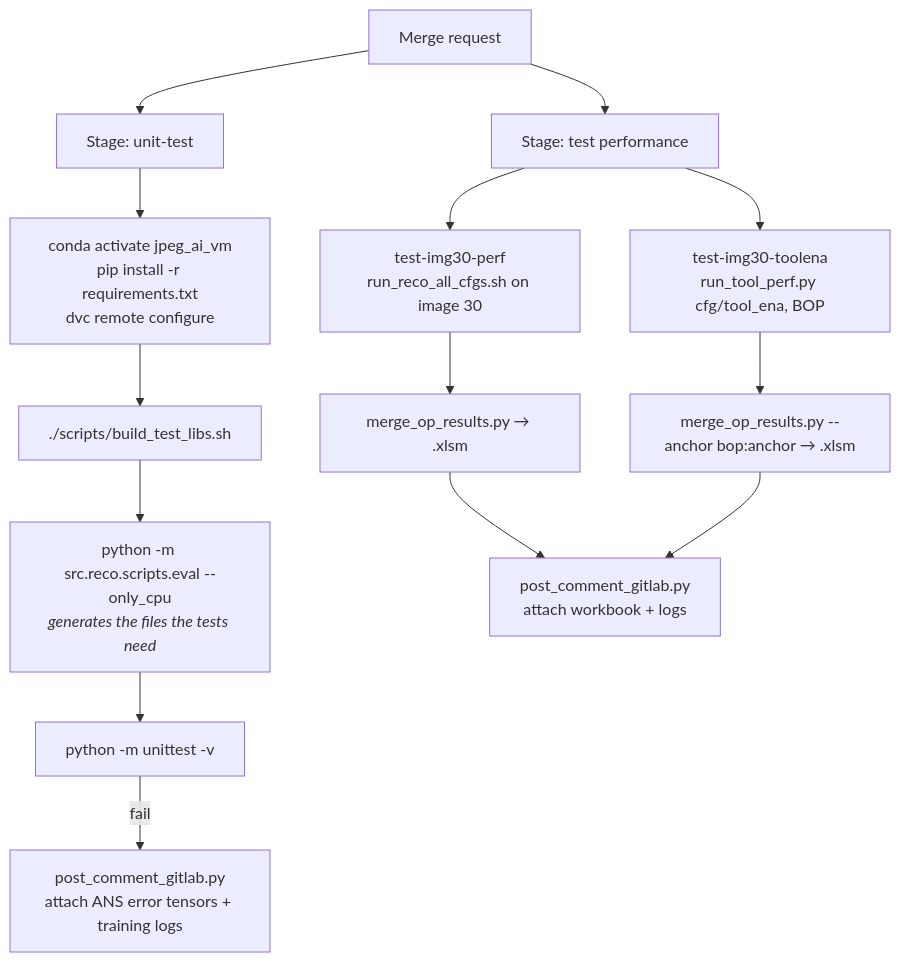
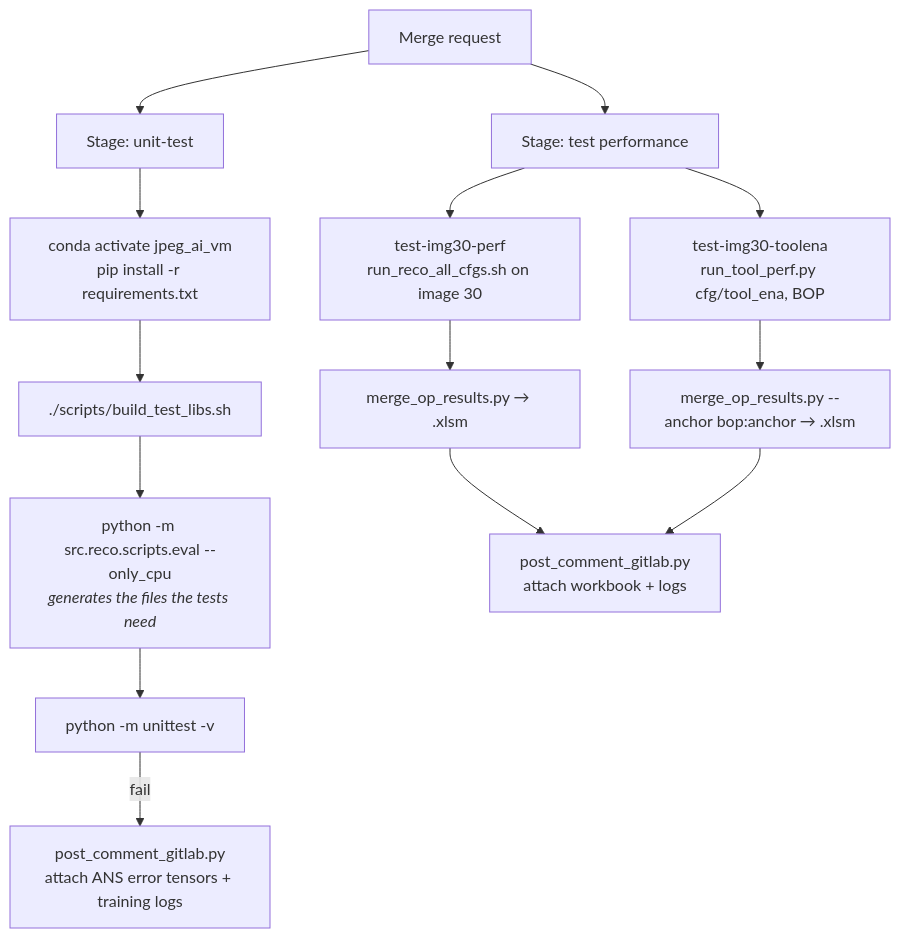
Before and after one commit to akarabutov/jpeg-ai-reference-software: the third of 3 diagrams in docs/architecture/11-evaluation-and-testing.md, drawn with Mermaid. The commit also changed other lines of this file and 7 other files, not shown here.

````diff
--- a/docs/architecture/11-evaluation-and-testing.md
+++ b/docs/architecture/11-evaluation-and-testing.md
@@ -137,17 +137,17 @@
 ```mermaid
 flowchart TB
     MR["Merge request"] --> S1["Stage: unit-test"]
-    S1 --> U1["conda activate jpeg_ai_vm<br/>pip install -r requirements.txt<br/>dvc remote configure"]
+    S1 --> U1["conda activate jpeg_ai_vm<br/>pip install -r requirements.txt"]
     U1 --> U2["./scripts/build_test_libs.sh"]
     U2 --> U3["python -m src.reco.scripts.eval --only_cpu<br/><i>generates the files the tests need</i>"]
     U3 --> U4["python -m unittest -v"]
     U4 -->|fail| U5["post_comment_gitlab.py<br/>attach ANS error tensors + training logs"]
 
     MR --> S2["Stage: test performance"]
     S2 --> P1["test-img30-perf<br/>run_reco_all_cfgs.sh on image 30"]
     S2 --> P2["test-img30-toolena<br/>run_tool_perf.py cfg/tool_ena, BOP"]
     P1 --> P3["merge_op_results.py → .xlsm"]
     P2 --> P4["merge_op_results.py --anchor bop:anchor → .xlsm"]
     P3 --> P5["post_comment_gitlab.py<br/>attach workbook + logs"]
     P4 --> P5
 ```
````
